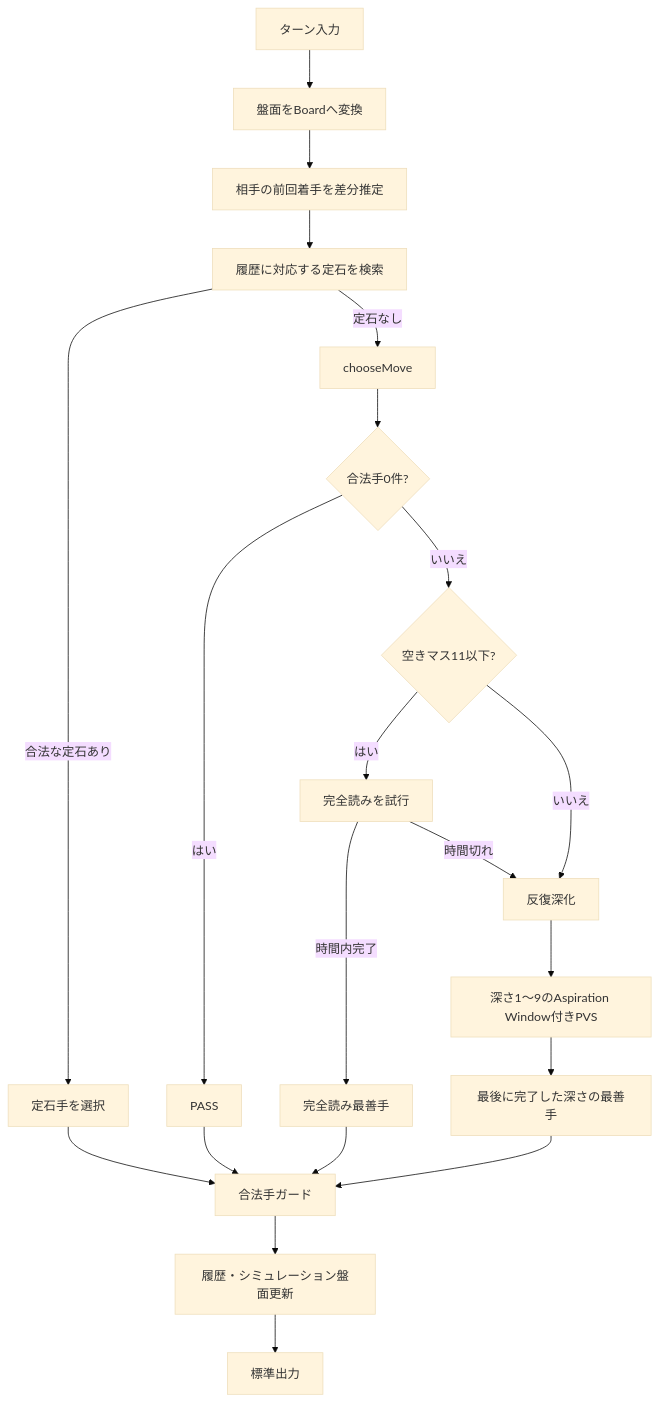
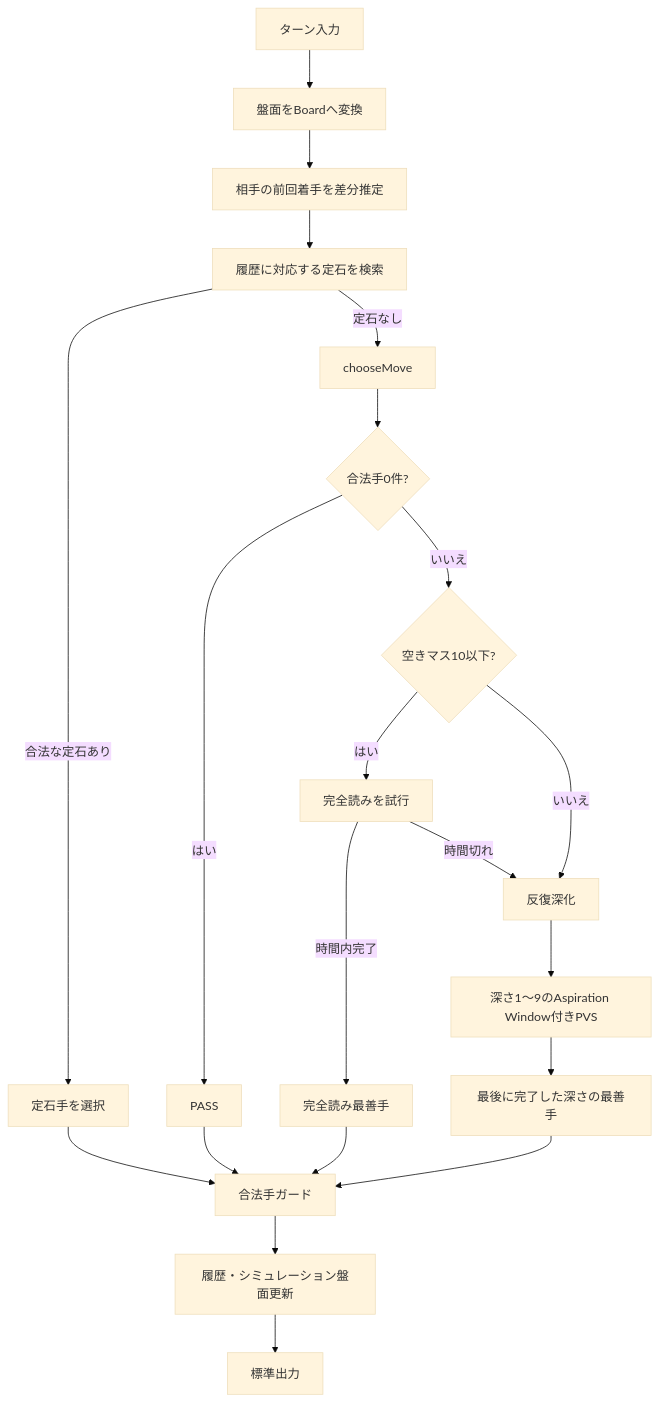
One commit to Eamy-code/CodingGame-Othello changed the second of 3 diagrams in docs/Othello_AI_Detailed_Design.md. Above: the diagram before and after it, drawn with Mermaid (base theme). The commit also changed other lines of this file and 4 other files, not shown here.

````diff
--- a/docs/Othello_AI_Detailed_Design.md
+++ b/docs/Othello_AI_Detailed_Design.md
@@ -597,23 +597,23 @@
 ```mermaid
 flowchart TD
     A[ターン入力] --> B[盤面をBoardへ変換]
     B --> C[相手の前回着手を差分推定]
     C --> D[履歴に対応する定石を検索]
     D -->|合法な定石あり| E[定石手を選択]
     D -->|定石なし| F[chooseMove]
     F --> G{合法手0件?}
     G -->|はい| H[PASS]
-    G -->|いいえ| I{空きマス11以下?}
+    G -->|いいえ| I{空きマス10以下?}
     I -->|はい| J[完全読みを試行]
     J -->|時間内完了| K[完全読み最善手]
     J -->|時間切れ| L[反復深化]
     I -->|いいえ| L
     L --> M[深さ1～9のAspiration Window付きPVS]
     M --> N[最後に完了した深さの最善手]
     E --> O[合法手ガード]
     H --> O
     K --> O
     N --> O
     O --> P[履歴・シミュレーション盤面更新]
     P --> Q[標準出力]
 ```
````
